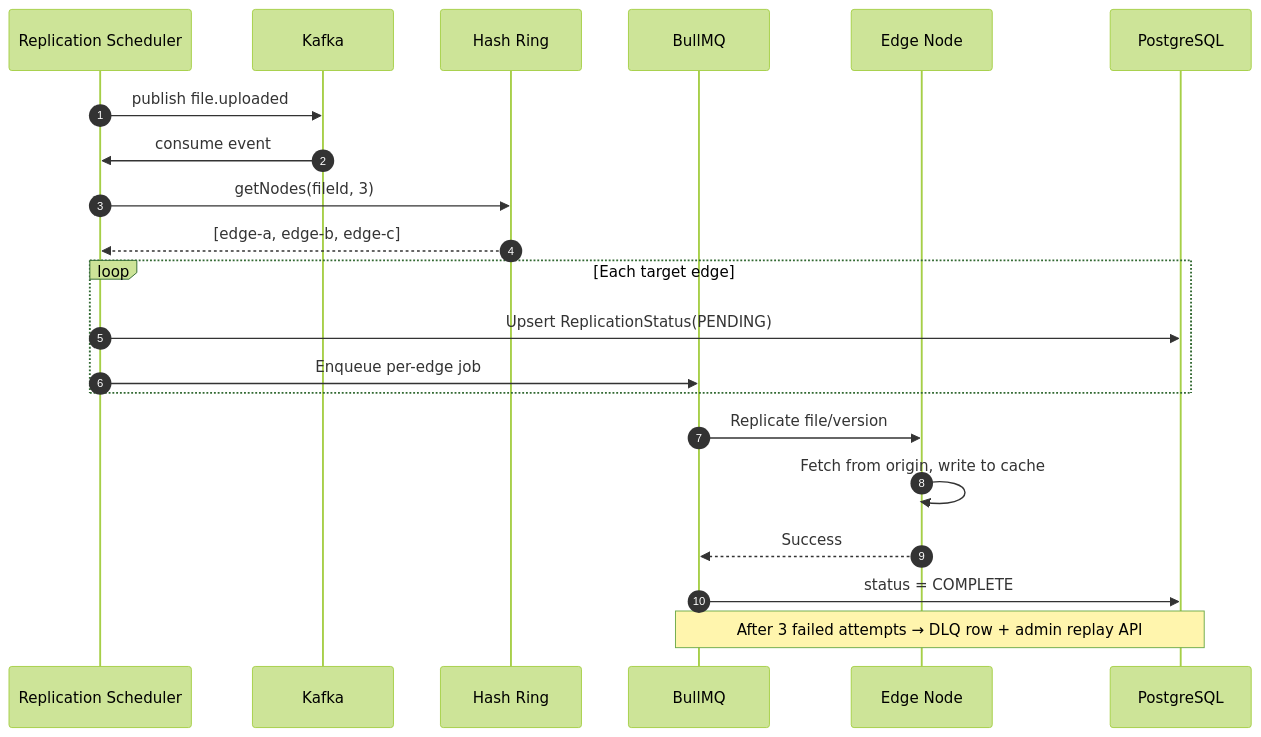
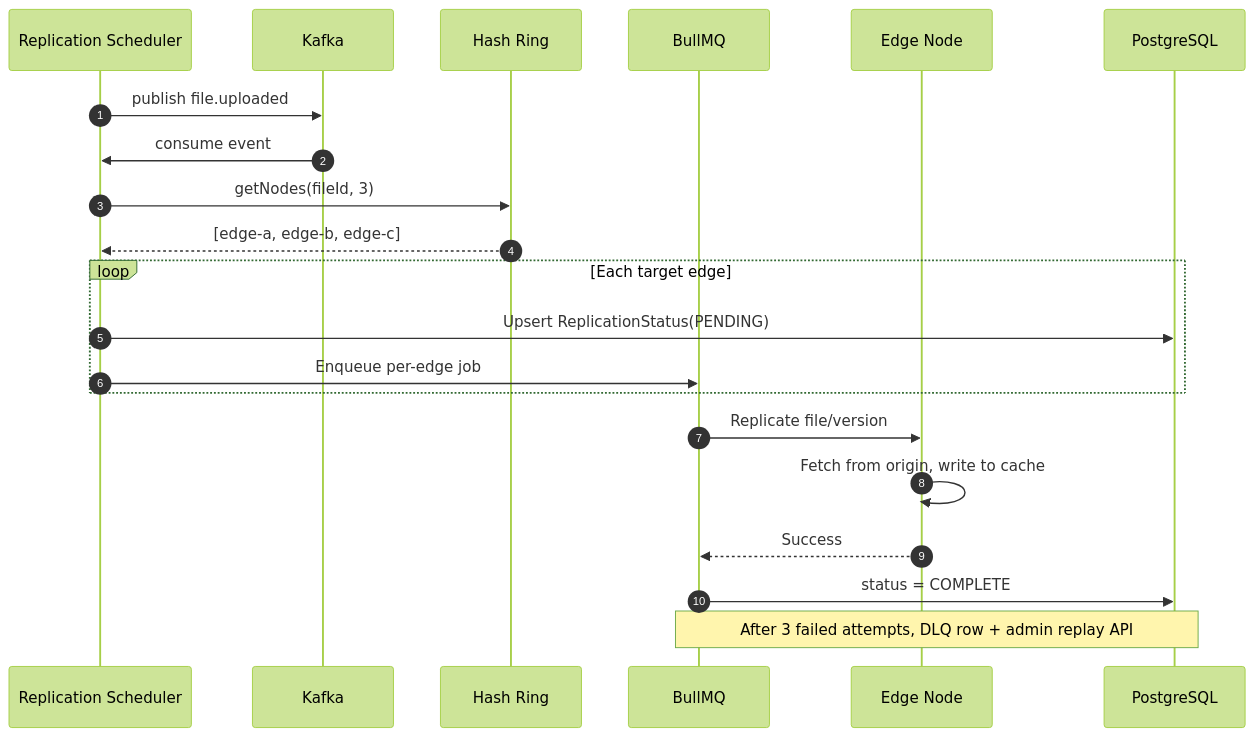
The fourth of 8 diagrams in README.md (SyncWithRaj/pravah), drawn with Mermaid (forest theme) before and after one commit. The commit also changed other lines of this file and 5 other files, not shown here.

Commit message:
fix: update MinIO image to Chainguard, fix compose permissions, and fix Mermaid diagrams in README

````diff
--- a/README.md
+++ b/README.md
@@ -221,27 +221,27 @@
 ```mermaid
 sequenceDiagram
     autonumber
     participant Core as Replication Scheduler
     participant K as Kafka
     participant HR as Hash Ring
     participant Q as BullMQ
     participant E as Edge Node
     participant PG as PostgreSQL
 
     Core->>K: publish file.uploaded
     K->>Core: consume event
     Core->>HR: getNodes(fileId, 3)
     HR-->>Core: [edge-a, edge-b, edge-c]
 
     loop Each target edge
         Core->>PG: Upsert ReplicationStatus(PENDING)
         Core->>Q: Enqueue per-edge job
     end
 
     Q->>E: Replicate file/version
     E->>E: Fetch from origin, write to cache
     E-->>Q: Success
     Q->>PG: status = COMPLETE
 
-    Note over Q,PG: After 3 failed attempts → DLQ row + admin replay API
+    Note over Q,PG: After 3 failed attempts, DLQ row + admin replay API
 ```
````
